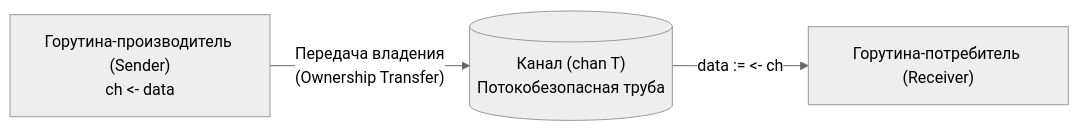
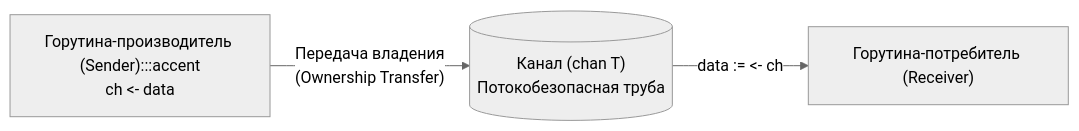
Before and after one commit to UnrealTemplier/go-textbook: the first of 4 diagrams in sources/5. Учебник по Go (Основы и синтаксис)/36. Каналы. Передача данных между горутинами.md, drawn with Mermaid (neutral theme). The commit also changed other lines of this file and 1666 other files, not shown here.

First line of the commit message:
feat(mermaid): add semantic color classDef to 1369 colorless flowchart/graph diagrams

````diff
--- a/sources/5. Учебник по Go (Основы и синтаксис)/36. Каналы. Передача данных между горутинами.md
+++ b/sources/5. Учебник по Go (Основы и синтаксис)/36. Каналы. Передача данных между горутинами.md
@@ -27,5 +27,15 @@
 ```mermaid
 flowchart LR
-    G1["Горутина-производитель (Sender)<br>ch <- data"] -->|"Передача владения<br>(Ownership Transfer)"| Pipe[("Канал (chan T)<br>Потокобезопасная труба")]
+    classDef process  fill:#1e293b,stroke:#38bdf8,stroke-width:1px,color:#f8fafc
+    classDef success  fill:#064e3b,stroke:#34d399,stroke-width:1px,color:#f8fafc
+    classDef error    fill:#7f1d1d,stroke:#f87171,stroke-width:1px,color:#f8fafc
+    classDef warning  fill:#78350f,stroke:#fbbf24,stroke-width:1px,color:#f8fafc
+    classDef entry    fill:#1e3a5f,stroke:#38bdf8,stroke-width:2px,color:#f8fafc
+    classDef aux      fill:#334155,stroke:#64748b,stroke-width:1px,color:#f8fafc
+    classDef system   fill:#312e81,stroke:#a78bfa,stroke-width:1px,color:#f8fafc
+    classDef data     fill:#132d29,stroke:#2dd4bf,stroke-width:1px,color:#f8fafc
+    classDef network  fill:#881337,stroke:#fb7185,stroke-width:1px,color:#f8fafc
+    classDef accent   fill:#1e1b4b,stroke:#818cf8,stroke-width:1px,color:#f8fafc
+    G1["Горутина-производитель (Sender):::accent<br>ch <- data"] -->|"Передача владения<br>(Ownership Transfer)"| Pipe[("Канал (chan T)<br>Потокобезопасная труба")]
     Pipe -->|"data := <- ch"| G2["Горутина-потребитель (Receiver)"]
 ```
````
